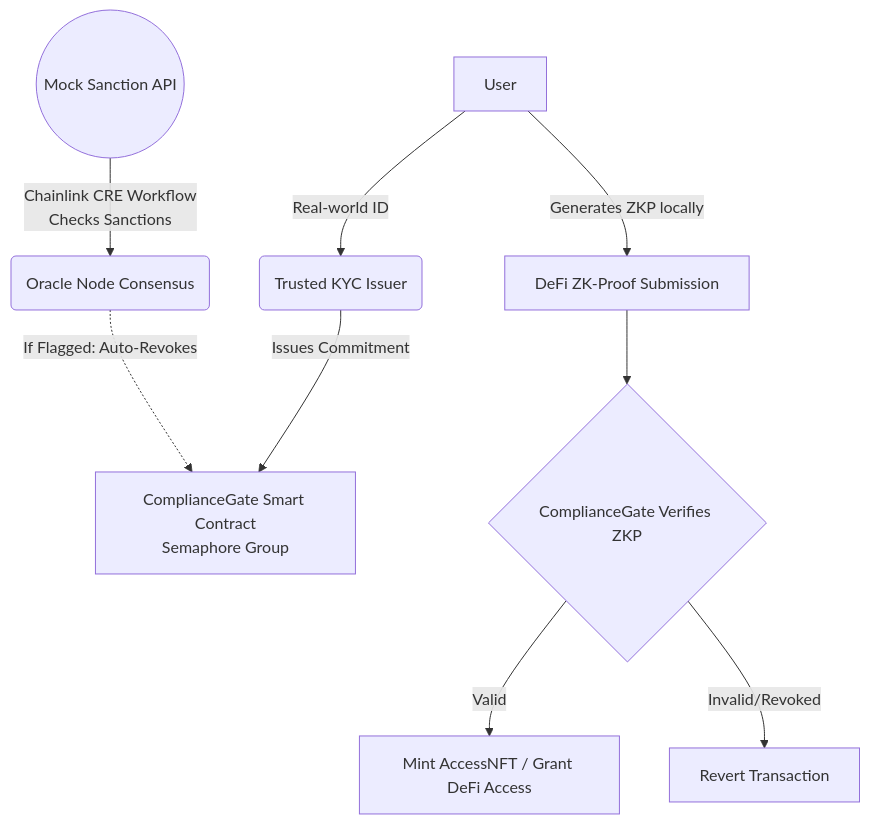
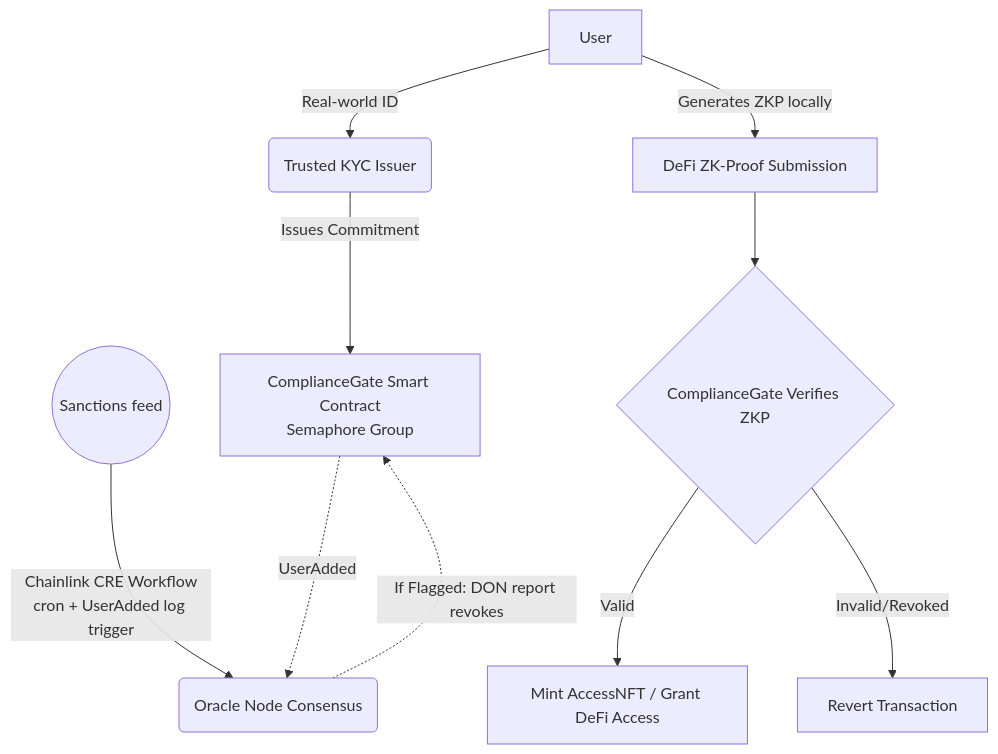
Before and after one commit to juangh123/WEB-3.0-Decentralized: the diagram in README.md, drawn with Mermaid. The commit also changed other lines of this file and 33 other files, not shown here.

````diff
--- a/README.md
+++ b/README.md
@@ -77,11 +106,12 @@
 ```mermaid
 graph TD
     A[User] -->|Real-world ID| B(Trusted KYC Issuer)
     B -->|Issues Commitment| C[ComplianceGate Smart Contract<br>Semaphore Group]
     A -->|Generates ZKP locally| D[DeFi ZK-Proof Submission]
     D --> E{ComplianceGate Verifies ZKP}
     E -->|Valid| F[Mint AccessNFT / Grant DeFi Access]
     E -->|Invalid/Revoked| G[Revert Transaction]
-    H((Mock Sanction API)) -->|Chainlink CRE Workflow<br>Checks Sanctions| I(Oracle Node Consensus)
-    I -.->|If Flagged: Auto-Revokes| C
+    H((Sanctions feed)) -->|Chainlink CRE Workflow<br>cron + UserAdded log trigger| I(Oracle Node Consensus)
+    C -. UserAdded .-> I
+    I -.->|If Flagged: DON report revokes| C
 ```
````
